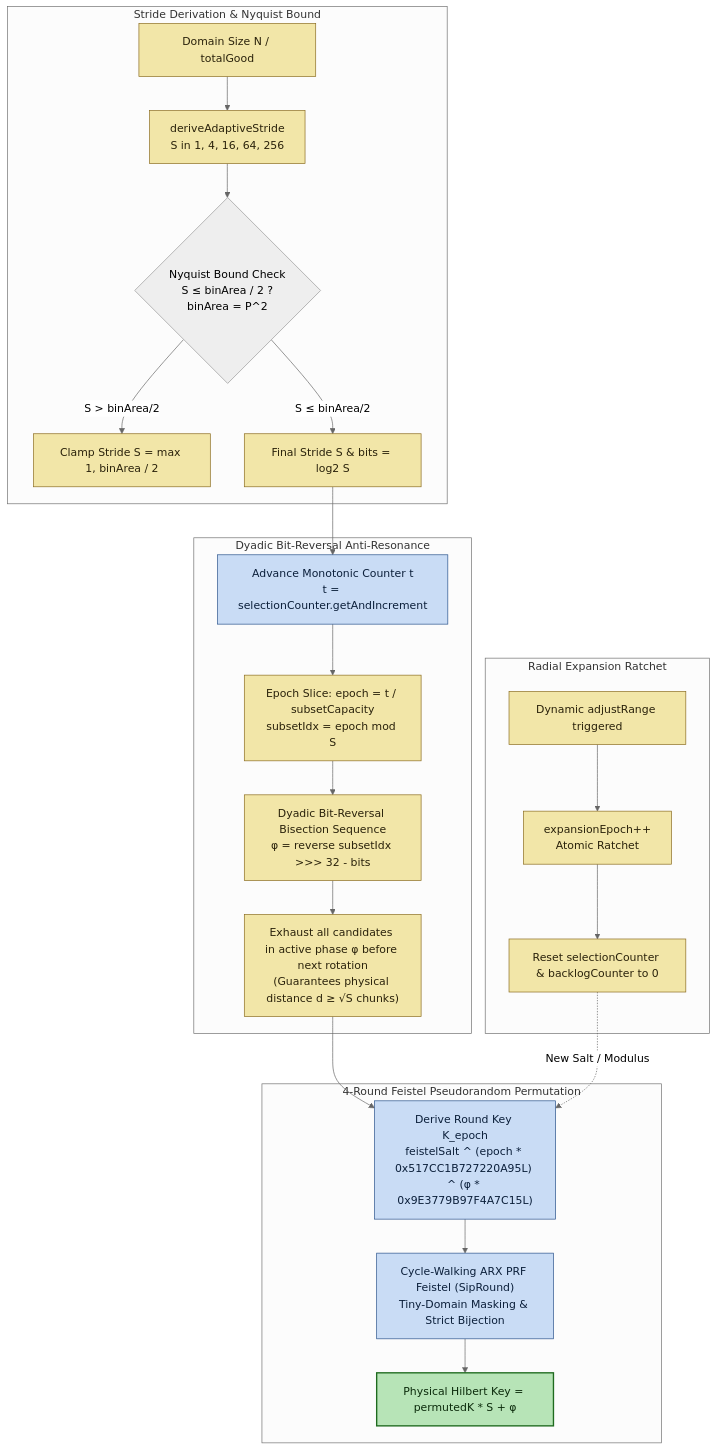
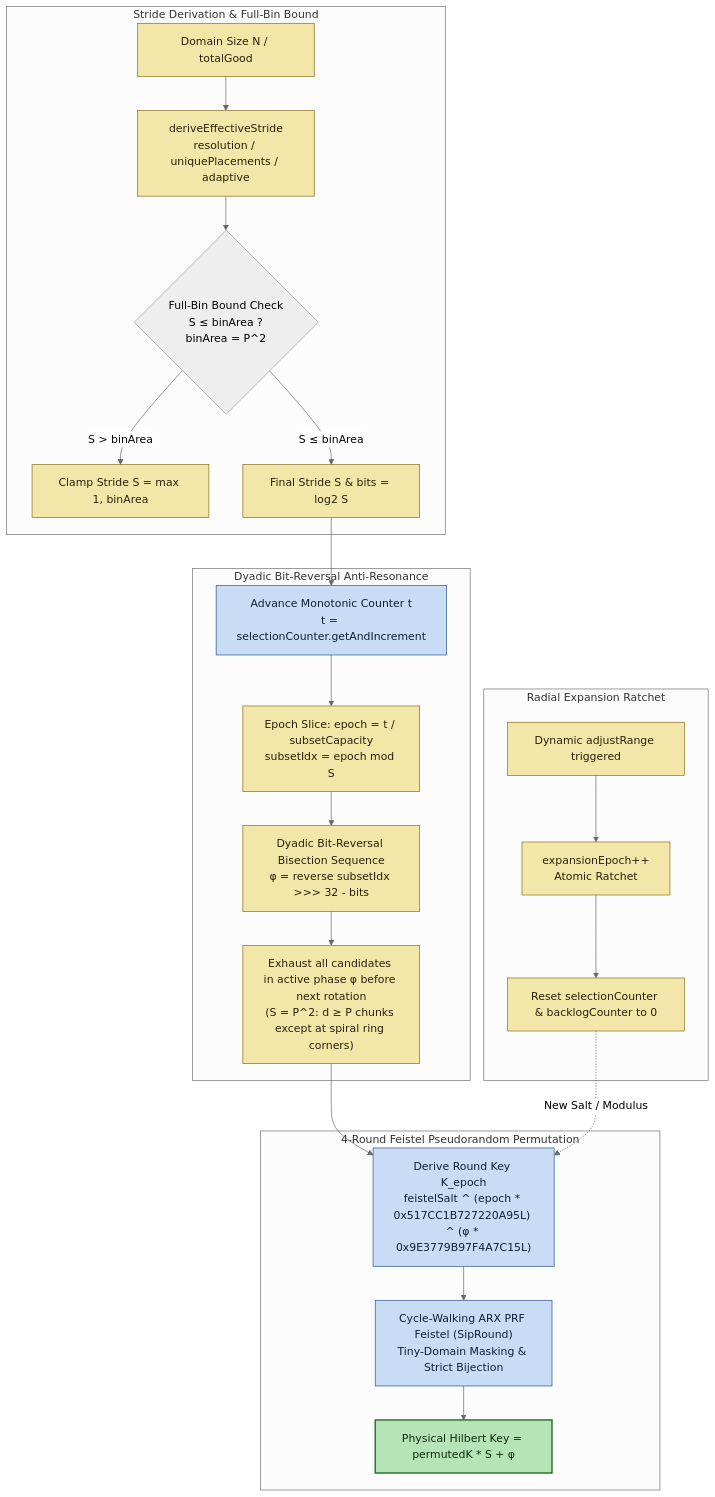
The fifth of 6 diagrams in docs/architecture/13-dual-layer-shape-architecture-and-l3-selection.md (DailyStruggle/RTP), drawn with Mermaid (neutral theme) before and after one commit. The commit also changed other lines of this file and 276 other files, not shown here.

````diff
--- a/docs/architecture/13-dual-layer-shape-architecture-and-l3-selection.md
+++ b/docs/architecture/13-dual-layer-shape-architecture-and-l3-selection.md
@@ -200,33 +200,33 @@
 ```mermaid
 %% Color legend: green=active phase candidate, blue=cryptographic mixing, yellow=phase progression, red=epoch transition
 flowchart TD
-    subgraph StrideConfig [Stride Derivation & Nyquist Bound]
-        InitDomain[Domain Size N / totalGood]:::data --> DeriveS[deriveAdaptiveStride<br/>S in 1, 4, 16, 64, 256]:::data
-        DeriveS --> NyquistCheck{Nyquist Bound Check<br/>S &le; binArea / 2 ?<br/>binArea = P^2}
-        NyquistCheck -- S > binArea/2 --> ClampS[Clamp Stride S = max 1, binArea / 2]:::data
-        NyquistCheck -- S &le; binArea/2 --> ValidS[Final Stride S & bits = log2 S]:::data
+    subgraph StrideConfig [Stride Derivation & Full-Bin Bound]
+        InitDomain[Domain Size N / totalGood]:::data --> DeriveS[deriveEffectiveStride<br/>resolution / uniquePlacements / adaptive]:::data
+        DeriveS --> BinCheck{Full-Bin Bound Check<br/>S &le; binArea ?<br/>binArea = P^2}
+        BinCheck -- S > binArea --> ClampS[Clamp Stride S = max 1, binArea]:::data
+        BinCheck -- S &le; binArea --> ValidS[Final Stride S & bits = log2 S]:::data
     end
 
     subgraph PhaseProgression [Dyadic Bit-Reversal Anti-Resonance]
         ValidS --> AdvCounter[Advance Monotonic Counter t<br/>t = selectionCounter.getAndIncrement]:::async
         AdvCounter --> EpochSlice[Epoch Slice: epoch = t / subsetCapacity<br/>subsetIdx = epoch mod S]:::data
         EpochSlice --> BitRev[Dyadic Bit-Reversal Bisection Sequence<br/>&phi; = reverse subsetIdx >>> 32 - bits]:::data
-        BitRev --> PhaseExhaustion["Exhaust all candidates in active phase &phi; before next rotation<br/>(Guarantees physical distance d &ge; &radic;S chunks)"]:::data
+        BitRev --> PhaseExhaustion["Exhaust all candidates in active phase &phi; before next rotation<br/>(S = P^2: d &ge; P chunks except at spiral ring corners)"]:::data
     end
 
     subgraph FeistelNetwork [4-Round Feistel Pseudorandom Permutation]
         PhaseExhaustion --> KeyDerive["Derive Round Key K_epoch<br/>feistelSalt ^ (epoch * 0x517CC1B727220A95L) ^ (&phi; * 0x9E3779B97F4A7C15L)"]:::async
         KeyDerive --> Permute["Cycle-Walking ARX PRF Feistel (SipRound)<br/>Tiny-Domain Masking & Strict Bijection"]:::async
         Permute --> KeyCoord[Physical Hilbert Key = permutedK * S + &phi;]:::success
     end
 
     subgraph ExpansionRatchet [Radial Expansion Ratchet]
         AdjustRange[Dynamic adjustRange triggered]:::data --> IncEpoch[expansionEpoch++<br/>Atomic Ratchet]:::data
         IncEpoch --> ResetCounter[Reset selectionCounter & backlogCounter to 0]:::data
         ResetCounter -.New Salt / Modulus.-> KeyDerive
     end
 
     classDef success fill:#b7e4b7,stroke:#1f6b1f,stroke-width:2px,color:#0b2a0b;
     classDef async   fill:#c9dcf5,stroke:#28518a,stroke-width:1px,color:#0b1f3a;
     classDef data    fill:#f2e6a8,stroke:#8a6b1f,stroke-width:1px,color:#2a220b;
 ```
````
